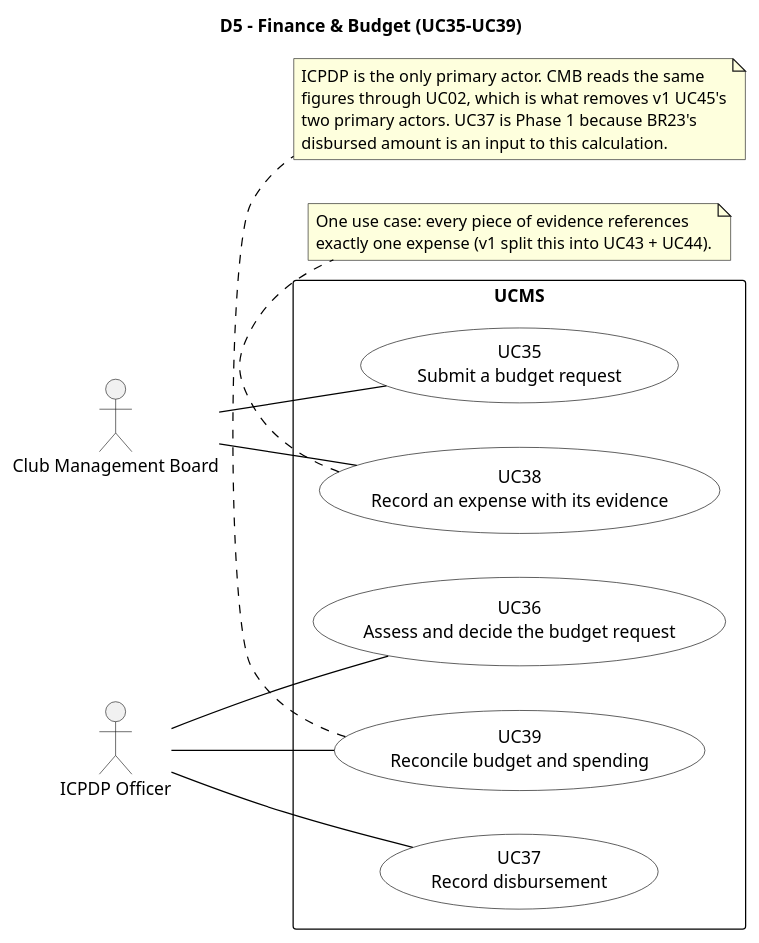
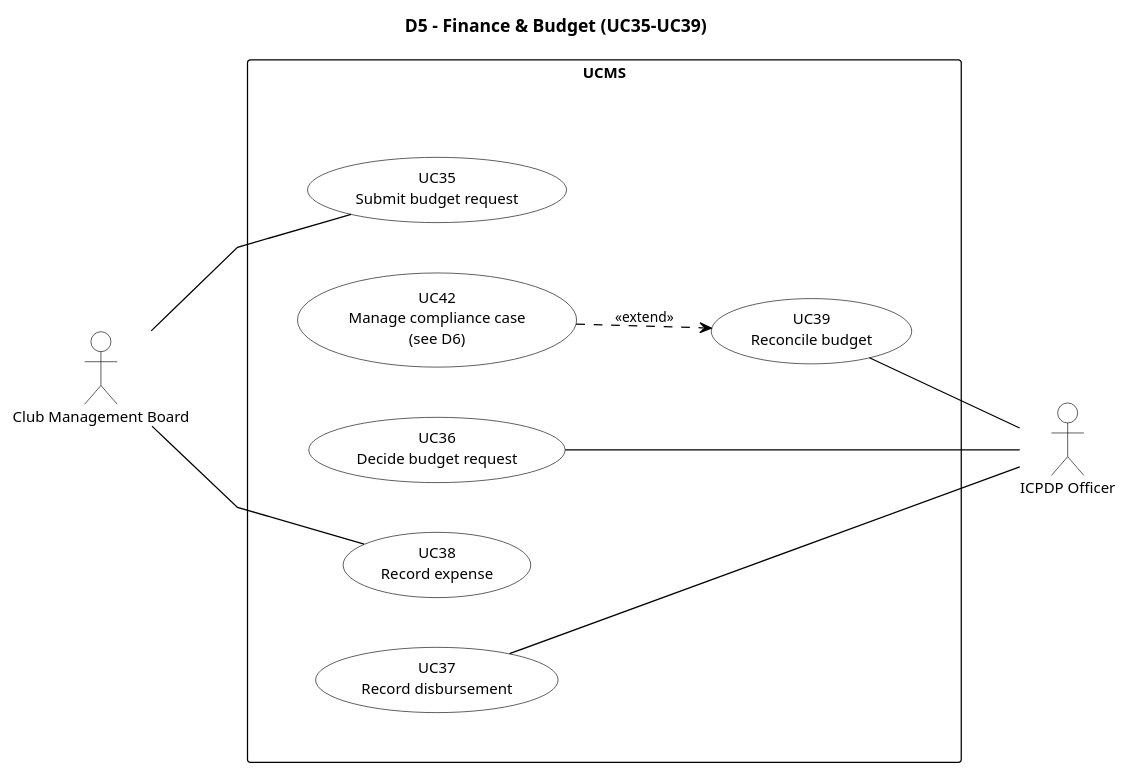
One commit to nvdekay/ClubManagementSystem changed the diagram in docs/diagrams/v2/D5_Finance.puml. Above: the diagram before and after it, drawn with PlantUML. The commit also changed 10 other files, not shown here.

First line of the commit message:
docs: redraw the v2 use case diagrams in Visual Paradigm style

```diff
--- a/docs/diagrams/v2/D5_Finance.puml
+++ b/docs/diagrams/v2/D5_Finance.puml
@@ -1,52 +1,59 @@
 @startuml v2_D5_Finance
 left to right direction
+skinparam linetype polyline
+skinparam nodesep 40
+skinparam ranksep 60
 skinparam backgroundColor White
 skinparam shadowing false
 skinparam defaultFontName Helvetica
+skinparam defaultFontSize 12
+skinparam ArrowColor Black
+skinparam ArrowFontSize 11
+skinparam actor {
+  BackgroundColor White
+  BorderColor Black
+}
 skinparam usecase {
   BackgroundColor White
   BorderColor Black
-  ArrowColor Black
 }
 skinparam rectangle {
   BackgroundColor White
   BorderColor Black
 }
+skinparam package {
+  BackgroundColor White
+  BorderColor Black
+}
+' inner frame: invisible, only adds padding inside the system boundary
+skinparam rectangle<<inner>> {
+  BorderColor Transparent
+  FontColor Transparent
+}
+hide <<inner>> stereotype
 
 title D5 - Finance & Budget (UC35-UC39)
 
 actor "Club Management Board" as CMB
 actor "ICPDP Officer" as ICPDP
 
-rectangle UCMS {
-  usecase UC35 as "UC35
-  Submit a budget request"
-  usecase UC36 as "UC36
-  Assess and decide the budget request"
-  usecase UC37 as "UC37
-  Record disbursement"
-  usecase UC38 as "UC38
-  Record an expense with its evidence"
-  usecase UC39 as "UC39
-  Reconcile budget and spending"
+rectangle "UCMS" {
+  rectangle " " <<inner>> {
+    usecase "UC35\nSubmit budget request" as UC35
+    usecase "UC36\nDecide budget request" as UC36
+    usecase "UC37\nRecord disbursement" as UC37
+    usecase "UC38\nRecord expense" as UC38
+    usecase "UC39\nReconcile budget" as UC39
+    usecase "UC42\nManage compliance case\n(see D6)" as UC42
+  }
 }
 
 CMB -- UC35
 CMB -- UC38
 
-ICPDP -- UC36
-ICPDP -- UC37
-ICPDP -- UC39
+UC36 -- ICPDP
+UC37 -- ICPDP
+UC39 -- ICPDP
 
-note bottom of UC38
-  One use case: every piece of evidence references
-  exactly one expense (v1 split this into UC43 + UC44).
-end note
-
-note bottom of UC39
-  ICPDP is the only primary actor. CMB reads the same
-  figures through UC02, which is what removes v1 UC45's
-  two primary actors. UC37 is Phase 1 because BR23's
-  disbursed amount is an input to this calculation.
-end note
+UC42 ..> UC39 : <<extend>>
 @enduml
```
